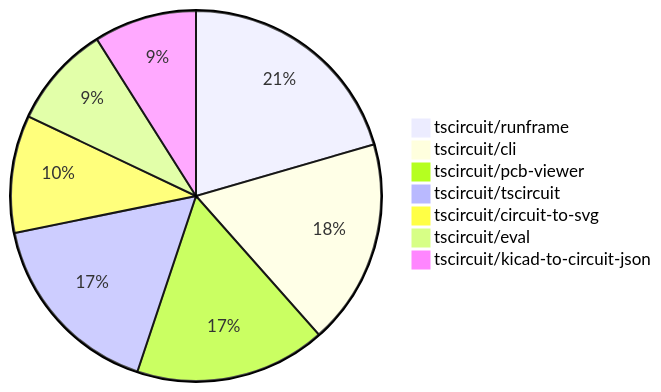
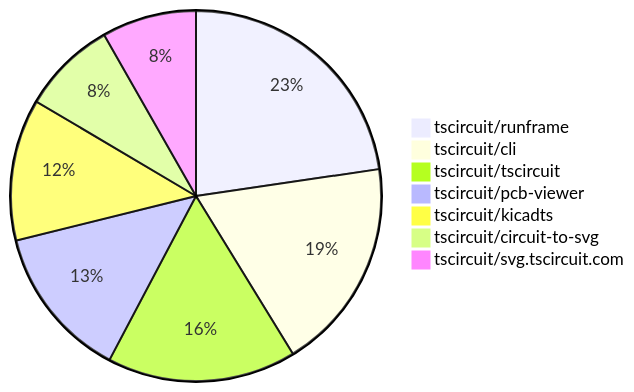
The second of 2 diagrams in README.md (tscircuit/contribution-tracker), drawn with Mermaid before and after one commit. The commit also changed other lines of this file and 3 other files, not shown here.

````diff
--- a/README.md
+++ b/README.md
@@ -93,10 +109,10 @@
 ```mermaid
 pie
-    "tscircuit/runframe" : 16
-    "tscircuit/cli" : 14
+    "tscircuit/runframe" : 22
+    "tscircuit/cli" : 18
+    "tscircuit/tscircuit" : 16
     "tscircuit/pcb-viewer" : 13
-    "tscircuit/tscircuit" : 13
+    "tscircuit/kicadts" : 12
     "tscircuit/circuit-to-svg" : 8
-    "tscircuit/eval" : 7
-    "tscircuit/kicad-to-circuit-json" : 7
+    "tscircuit/svg.tscircuit.com" : 8
 ```
````
